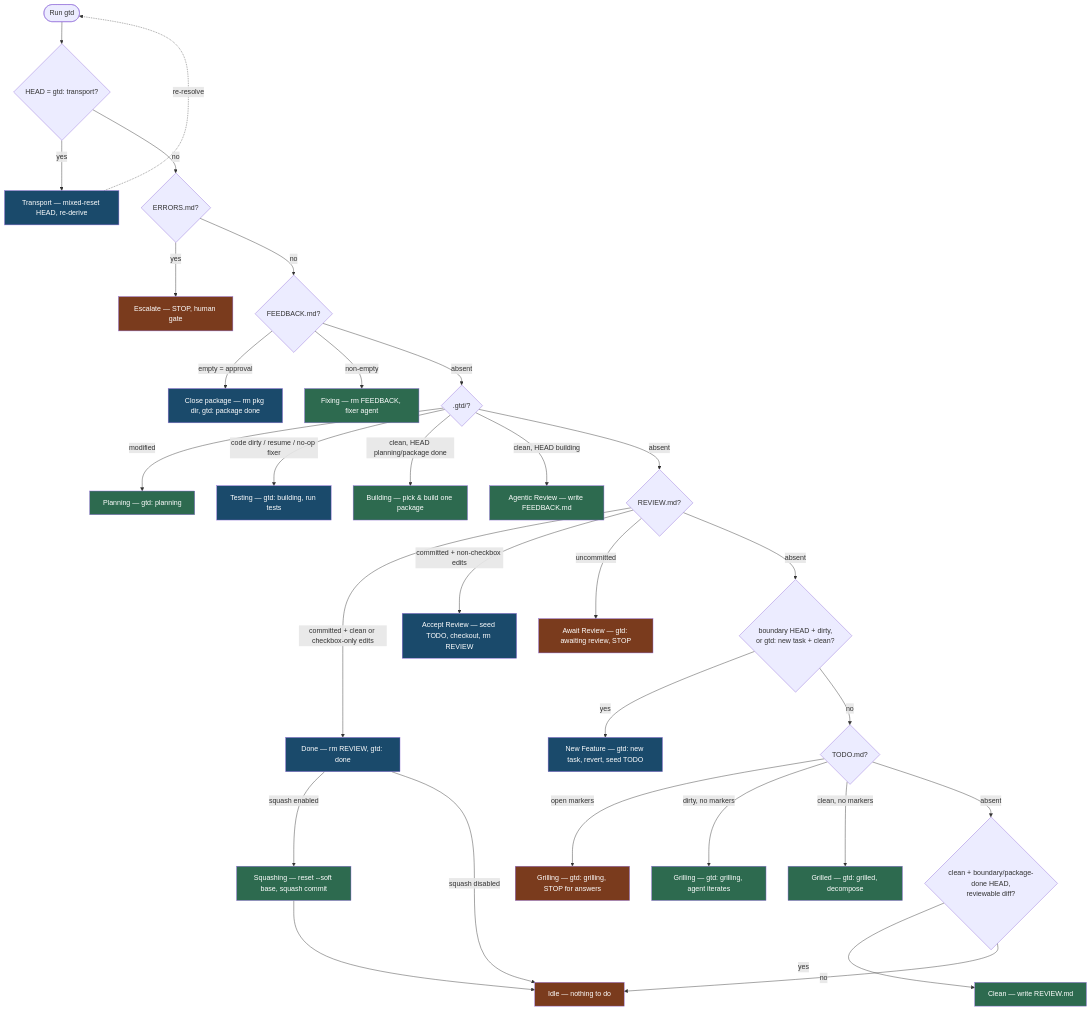
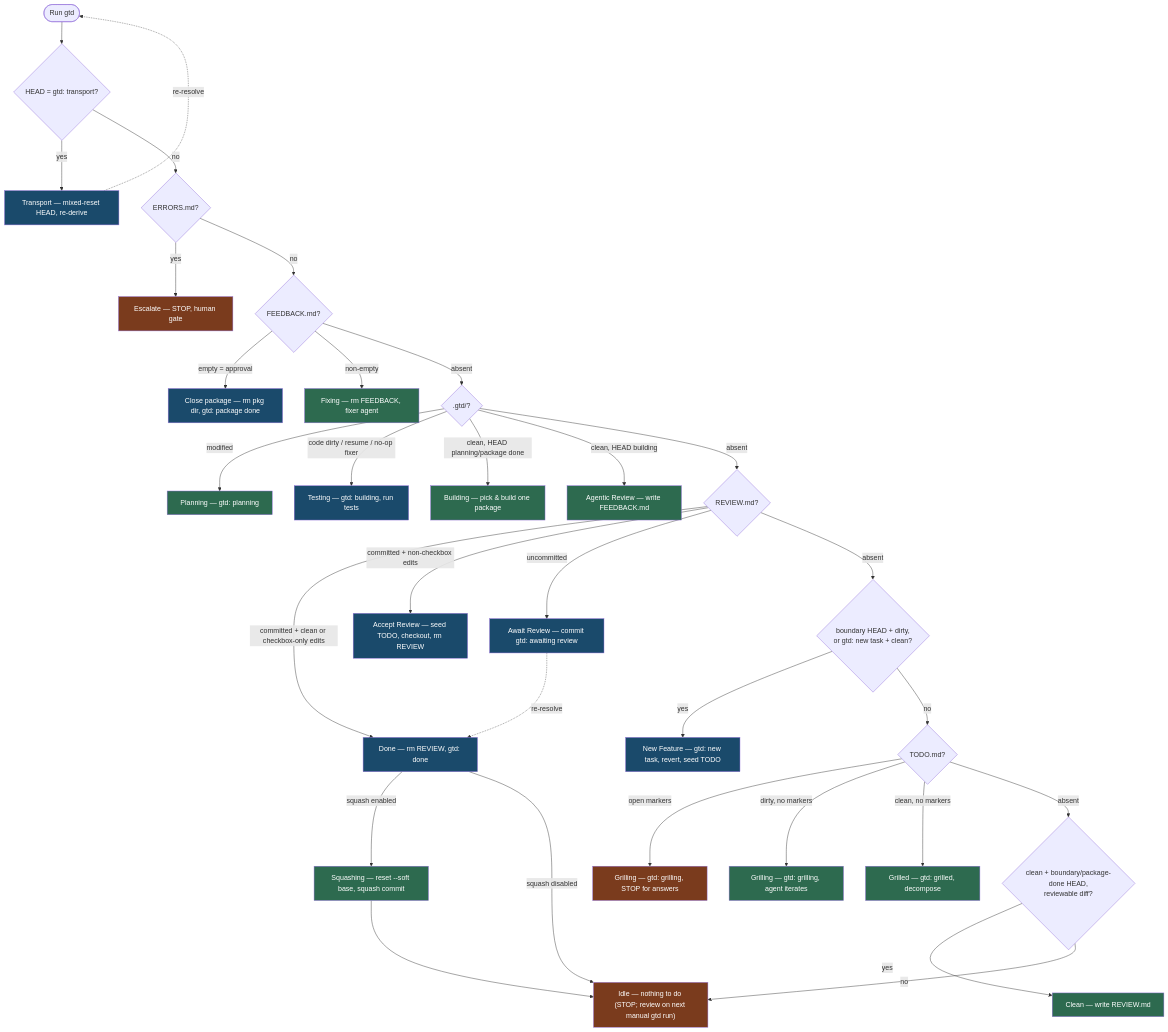
Before and after one commit to pmelab/gtd: the diagram in README.md, drawn with Mermaid. The commit also changed other lines of this file and 12 other files, not shown here.

First line of the commit message:
fix(review): stop post-squash re-review and make await-review edge-only

````diff
--- a/README.md
+++ b/README.md
@@ -149,35 +150,36 @@
 ```mermaid
 flowchart TD
     Start([Run gtd]) --> P0{"HEAD = gtd: transport?"}
     P0 -->|yes| Transport["Transport — mixed-reset HEAD, re-derive"]:::edge
     Transport -.->|re-resolve| Start
     P0 -->|no| P1{"ERRORS.md?"}
     P1 -->|yes| Escalate["Escalate — STOP, human gate"]:::gate
     P1 -->|no| P2{"FEEDBACK.md?"}
     P2 -->|"empty = approval"| Close["Close package — rm pkg dir, gtd: package done"]:::edge
     P2 -->|"non-empty"| Fixing["Fixing — rm FEEDBACK, fixer agent"]:::agent
     P2 -->|absent| P3{".gtd/?"}
     P3 -->|"modified"| Planning["Planning — gtd: planning"]:::agent
     P3 -->|"code dirty / resume / no-op fixer"| Testing["Testing — gtd: building, run tests"]:::edge
     P3 -->|"clean, HEAD planning/package done"| Building["Building — pick & build one package"]:::agent
     P3 -->|"clean, HEAD building"| Review["Agentic Review — write FEEDBACK.md"]:::agent
     P3 -->|absent| P4{"REVIEW.md?"}
     P4 -->|"committed + clean or checkbox-only edits"| Done["Done — rm REVIEW, gtd: done"]:::edge
     P4 -->|"committed + non-checkbox edits"| Accept["Accept Review — seed TODO, checkout, rm REVIEW"]:::edge
-    P4 -->|"uncommitted"| Await["Await Review — gtd: awaiting review, STOP"]:::gate
+    P4 -->|"uncommitted"| Await["Await Review — commit gtd: awaiting review"]:::edge
+    Await -.->|"re-resolve"| Done
     P4 -->|absent| P5{"boundary HEAD + dirty,<br/>or gtd: new task + clean?"}
     Done -->|"squash enabled"| Squashing["Squashing — reset --soft base, squash commit"]:::agent
     Done -->|"squash disabled"| Idle
-    Squashing --> Idle["Idle — nothing to do"]:::gate
+    Squashing --> Idle["Idle — nothing to do (STOP; review on next manual gtd run)"]:::gate
     P5 -->|yes| NewFeature["New Feature — gtd: new task, revert, seed TODO"]:::edge
     P5 -->|no| P6{"TODO.md?"}
     P6 -->|"open markers"| GrillStop["Grilling — gtd: grilling, STOP for answers"]:::gate
     P6 -->|"dirty, no markers"| GrillIter["Grilling — gtd: grilling, agent iterates"]:::agent
     P6 -->|"clean, no markers"| Grilled["Grilled — gtd: grilled, decompose"]:::agent
     P6 -->|absent| P7{"clean + boundary/package-done HEAD,<br/>reviewable diff?"}
     P7 -->|yes| CleanState["Clean — write REVIEW.md"]:::agent
     P7 -->|no| Idle
     classDef edge fill:#1a4a6b,color:#fff
     classDef agent fill:#2d6a4f,color:#fff
     classDef gate fill:#7a3b1d,color:#fff
 ```
````
